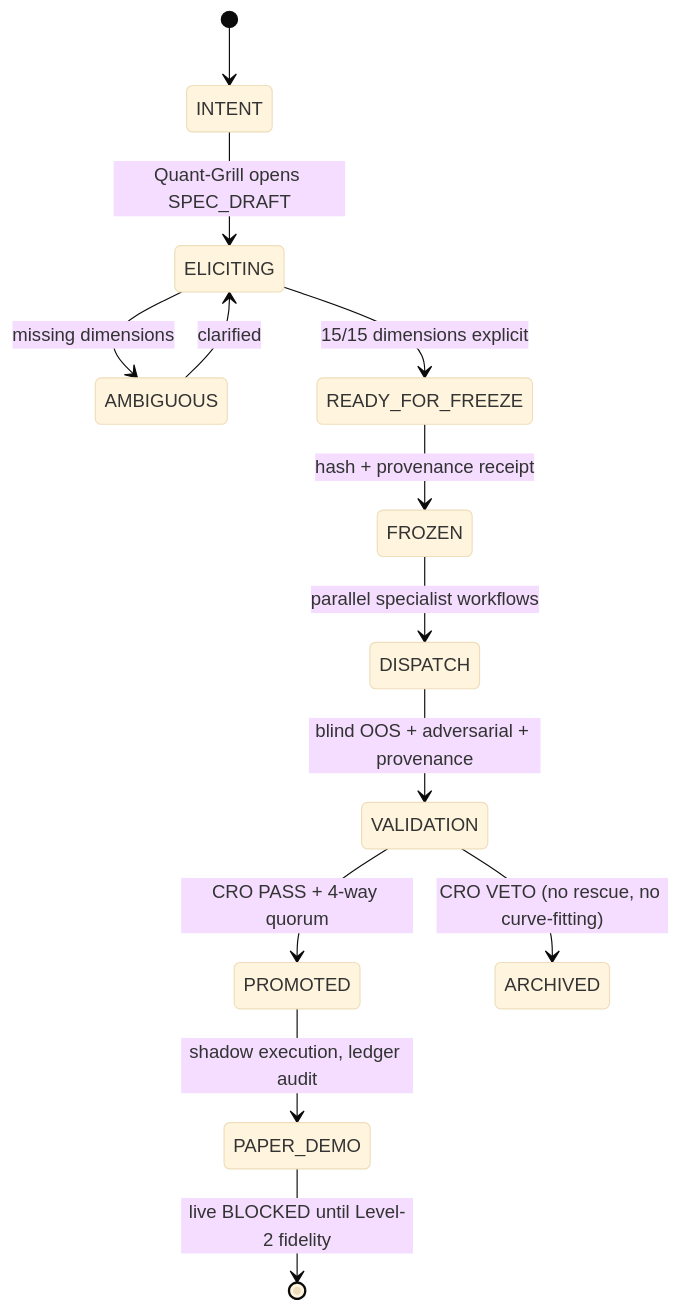
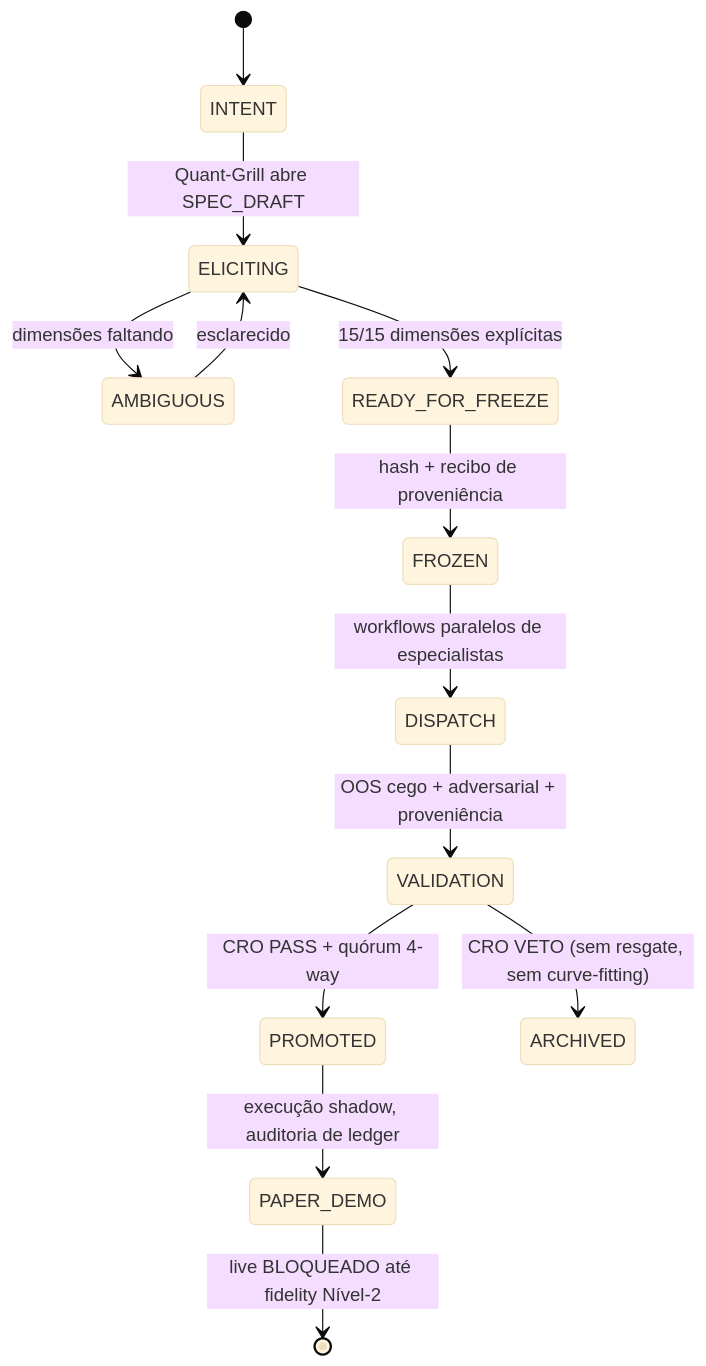
One commit to microfactx/binary-options-quant changed the second of 3 diagrams in README.md. Above: the diagram before and after it, drawn with Mermaid (base theme). The commit also changed other lines of this file, not shown here.

````diff
--- a/README.md
+++ b/README.md
@@ -93,15 +93,15 @@
 ```mermaid
 stateDiagram-v2
     [*] --> INTENT
-    INTENT --> ELICITING : Quant-Grill opens SPEC_DRAFT
-    ELICITING --> AMBIGUOUS : missing dimensions
-    AMBIGUOUS --> ELICITING : clarified
-    ELICITING --> READY_FOR_FREEZE : 15/15 dimensions explicit
-    READY_FOR_FREEZE --> FROZEN : hash + provenance receipt
-    FROZEN --> DISPATCH : parallel specialist workflows
-    DISPATCH --> VALIDATION : blind OOS + adversarial + provenance
-    VALIDATION --> PROMOTED : CRO PASS + 4-way quorum
-    VALIDATION --> ARCHIVED : CRO VETO (no rescue, no curve-fitting)
-    PROMOTED --> PAPER_DEMO : shadow execution, ledger audit
-    PAPER_DEMO --> [*] : live BLOCKED until Level-2 fidelity
+    INTENT --> ELICITING : Quant-Grill abre SPEC_DRAFT
+    ELICITING --> AMBIGUOUS : dimensões faltando
+    AMBIGUOUS --> ELICITING : esclarecido
+    ELICITING --> READY_FOR_FREEZE : 15/15 dimensões explícitas
+    READY_FOR_FREEZE --> FROZEN : hash + recibo de proveniência
+    FROZEN --> DISPATCH : workflows paralelos de especialistas
+    DISPATCH --> VALIDATION : OOS cego + adversarial + proveniência
+    VALIDATION --> PROMOTED : CRO PASS + quórum 4-way
+    VALIDATION --> ARCHIVED : CRO VETO (sem resgate, sem curve-fitting)
+    PROMOTED --> PAPER_DEMO : execução shadow, auditoria de ledger
+    PAPER_DEMO --> [*] : live BLOQUEADO até fidelity Nível-2
 ```
````
